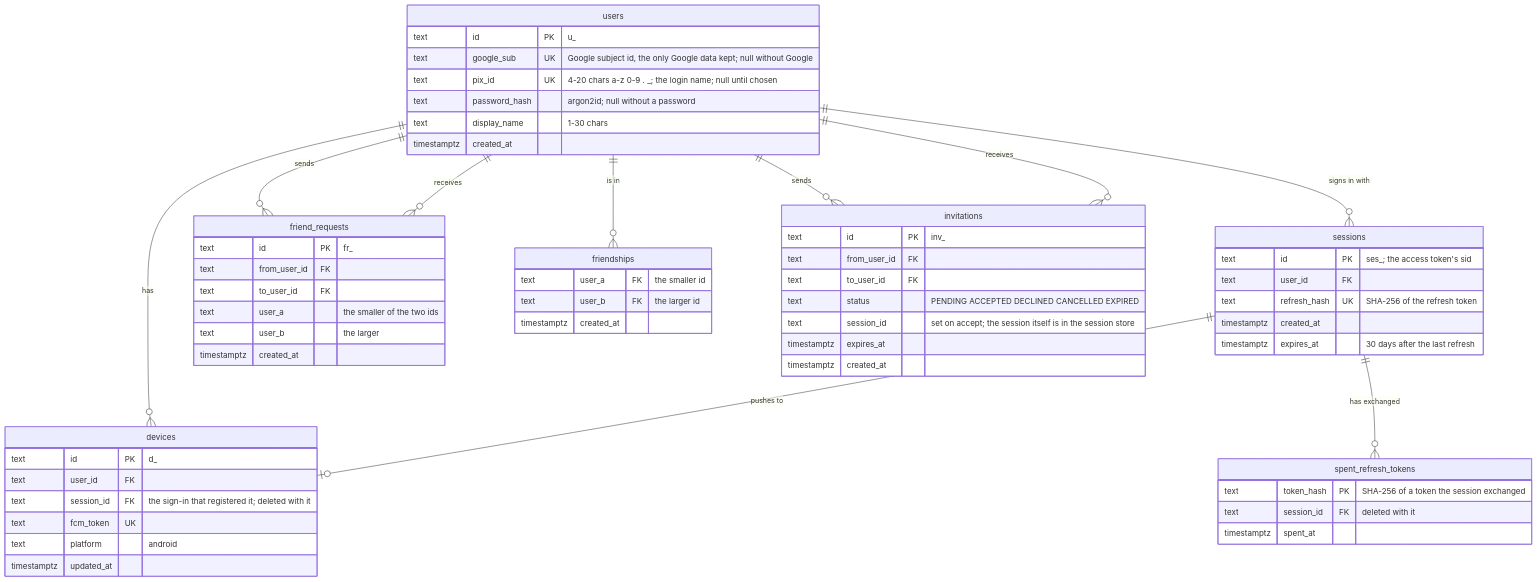
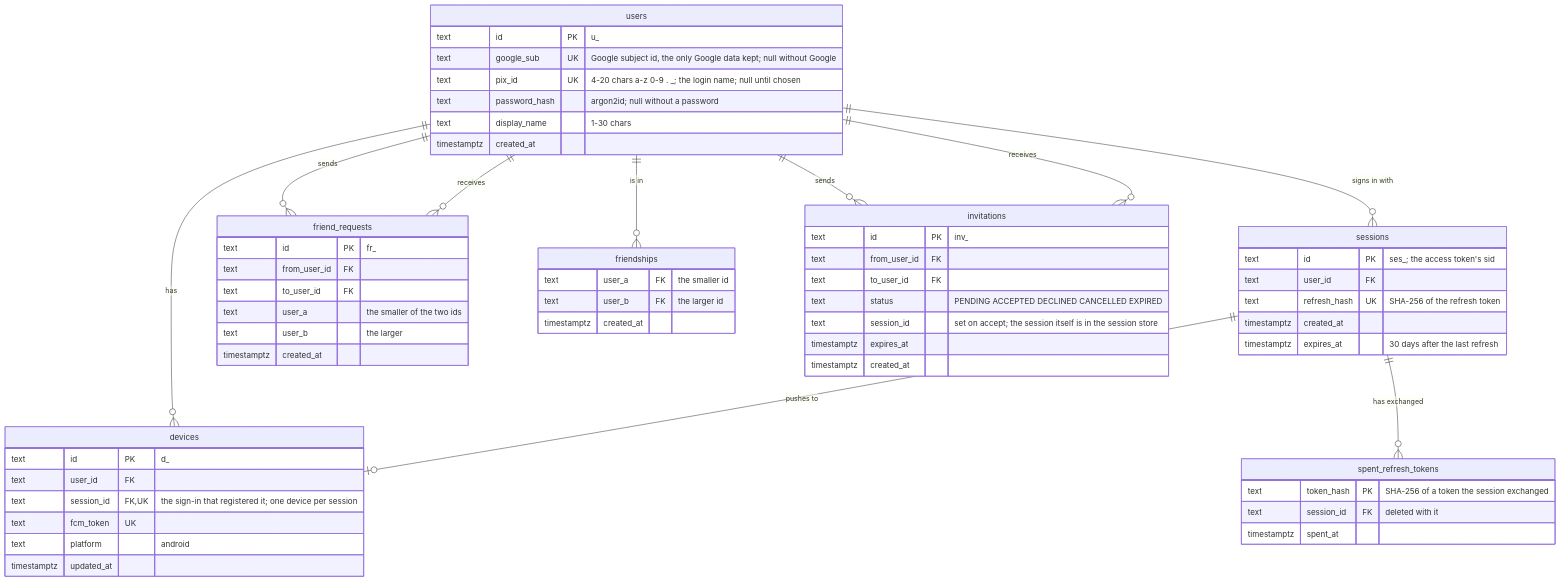
One commit to snuhcs-course/swpp-2026-project-team-10 changed diagram 12 of 12 in wiki/Design-Documentation.md. Above: the diagram before and after it, drawn with Mermaid. The commit also changed other lines of this file and 9 other files, not shown here.

First line of the commit message:
fix: take friend requests atomically and keep one device per session

````diff
--- a/wiki/Design-Documentation.md
+++ b/wiki/Design-Documentation.md
@@ -1608,62 +1608,62 @@
 ```mermaid
 erDiagram
   users ||--o{ devices : has
   users ||--o{ sessions : "signs in with"
   sessions ||--o{ spent_refresh_tokens : "has exchanged"
   sessions ||--o| devices : "pushes to"
   users ||--o{ friend_requests : sends
   users ||--o{ friend_requests : receives
   users ||--o{ friendships : "is in"
   users ||--o{ invitations : sends
   users ||--o{ invitations : receives
   users {
     text id PK "u_<ulid>"
     text google_sub UK "Google subject id, the only Google data kept; null without Google"
     text pix_id UK "4-20 chars a-z 0-9 . _; the login name; null until chosen"
     text password_hash "argon2id; null without a password"
     text display_name "1-30 chars"
     timestamptz created_at
   }
   devices {
     text id PK "d_<ulid>"
     text user_id FK
-    text session_id FK "the sign-in that registered it; deleted with it"
+    text session_id FK,UK "the sign-in that registered it; one device per session"
     text fcm_token UK
     text platform "android"
     timestamptz updated_at
   }
   sessions {
     text id PK "ses_<ulid>; the access token's sid"
     text user_id FK
     text refresh_hash UK "SHA-256 of the refresh token"
     timestamptz created_at
     timestamptz expires_at "30 days after the last refresh"
   }
   spent_refresh_tokens {
     text token_hash PK "SHA-256 of a token the session exchanged"
     text session_id FK "deleted with it"
     timestamptz spent_at
   }
   friend_requests {
     text id PK "fr_<ulid>"
     text from_user_id FK
     text to_user_id FK
     text user_a "the smaller of the two ids"
     text user_b "the larger"
     timestamptz created_at
   }
   friendships {
     text user_a FK "the smaller id"
     text user_b FK "the larger id"
     timestamptz created_at
   }
   invitations {
     text id PK "inv_<ulid>"
     text from_user_id FK
     text to_user_id FK
     text status "PENDING ACCEPTED DECLINED CANCELLED EXPIRED"
     text session_id "set on accept; the session itself is in the session store"
     timestamptz expires_at
     timestamptz created_at
   }
 ```
````
